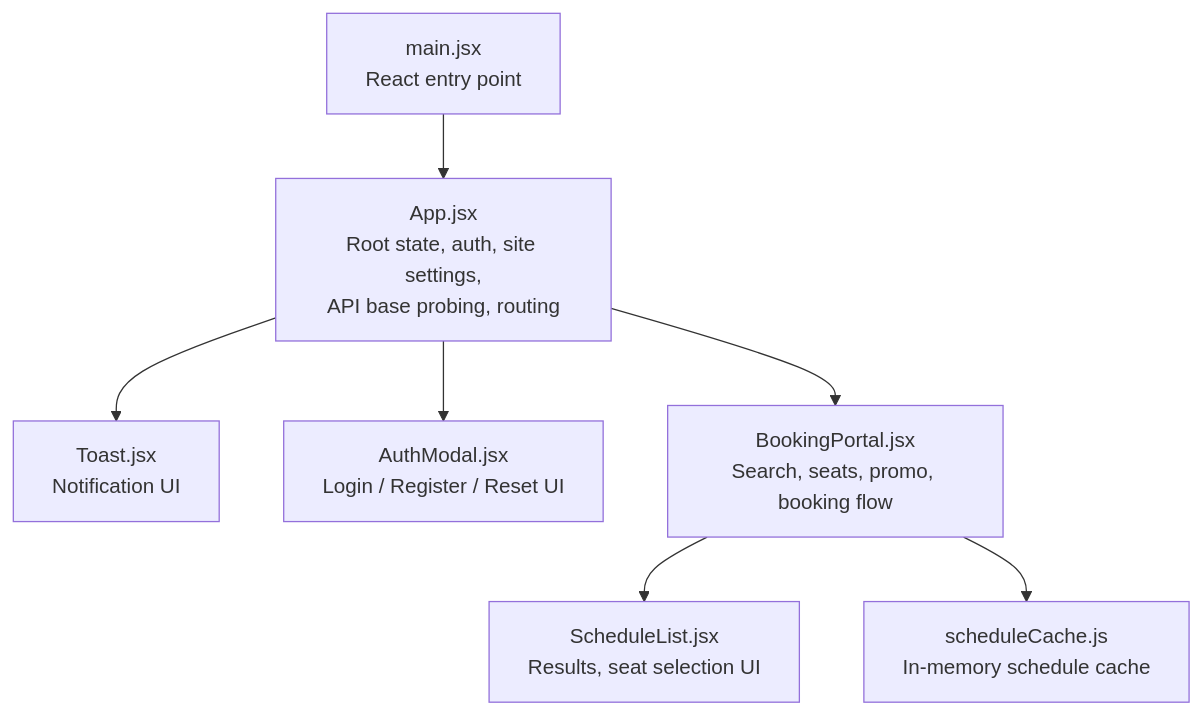
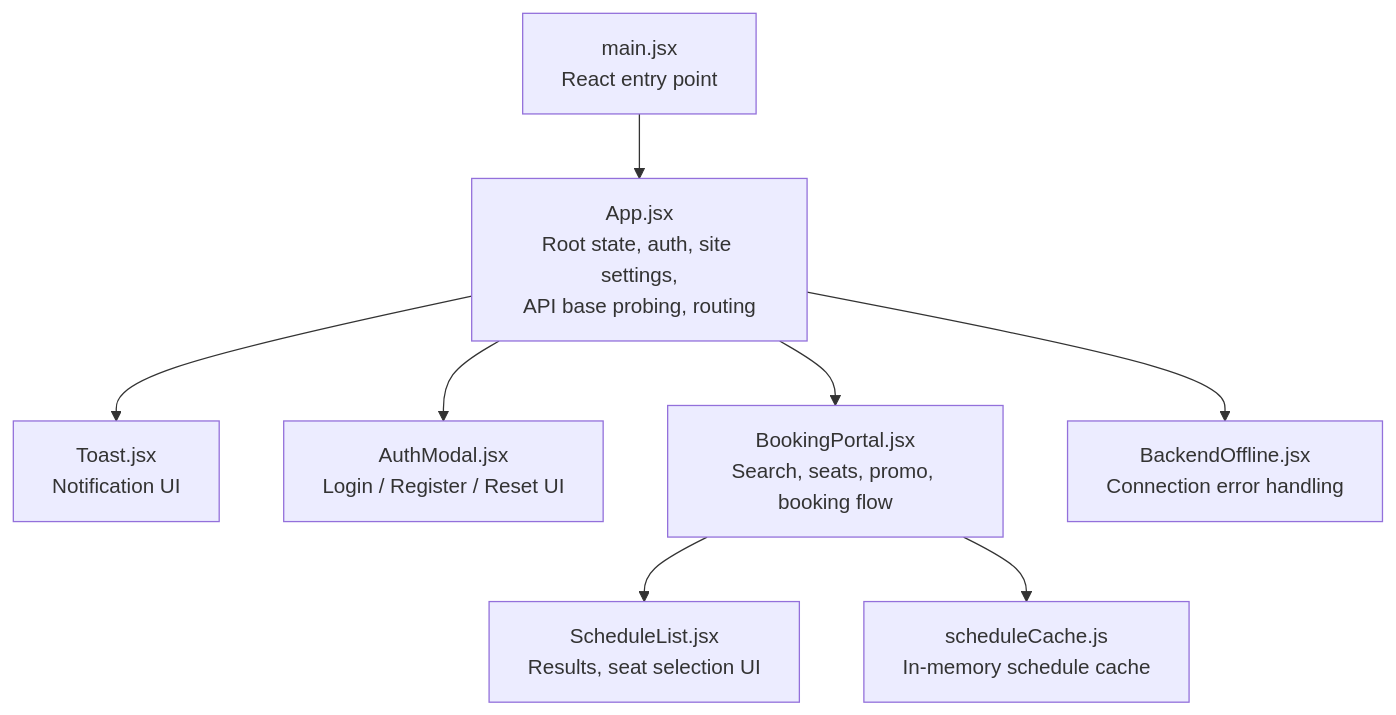
The first of 13 diagrams in .qoder/repowiki/en/content/Customer Application/State Management.md (mahbub095/bus-app), drawn with Mermaid before and after one commit. The commit also changed other lines of this file and 115 other files, not shown here.

````diff
--- a/.qoder/repowiki/en/content/Customer Application/State Management.md
+++ b/.qoder/repowiki/en/content/Customer Application/State Management.md
@@ -39,9 +48,10 @@
 ```mermaid
 graph TB
 Main["main.jsx<br/>React entry point"] --> App["App.jsx<br/>Root state, auth, site settings,<br/>API base probing, routing"]
 App --> Toast["Toast.jsx<br/>Notification UI"]
 App --> AuthModal["AuthModal.jsx<br/>Login / Register / Reset UI"]
 App --> BookingPortal["BookingPortal.jsx<br/>Search, seats, promo, booking flow"]
 BookingPortal --> ScheduleList["ScheduleList.jsx<br/>Results, seat selection UI"]
 BookingPortal --> Cache["scheduleCache.js<br/>In-memory schedule cache"]
+App --> BackendOffline["BackendOffline.jsx<br/>Connection error handling"]
 ```
````
